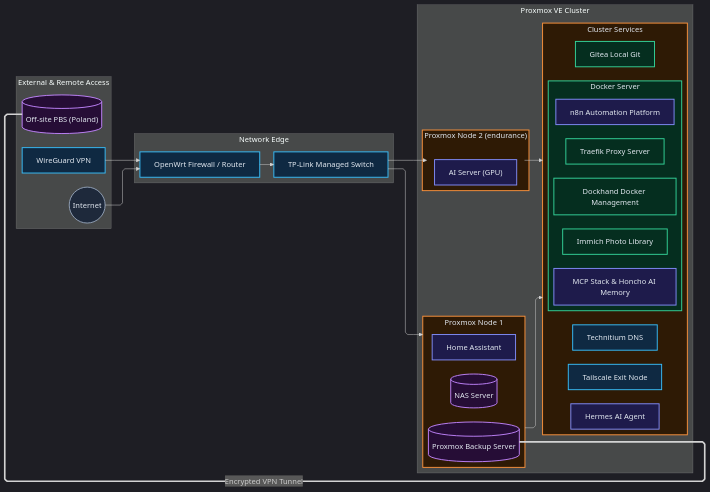
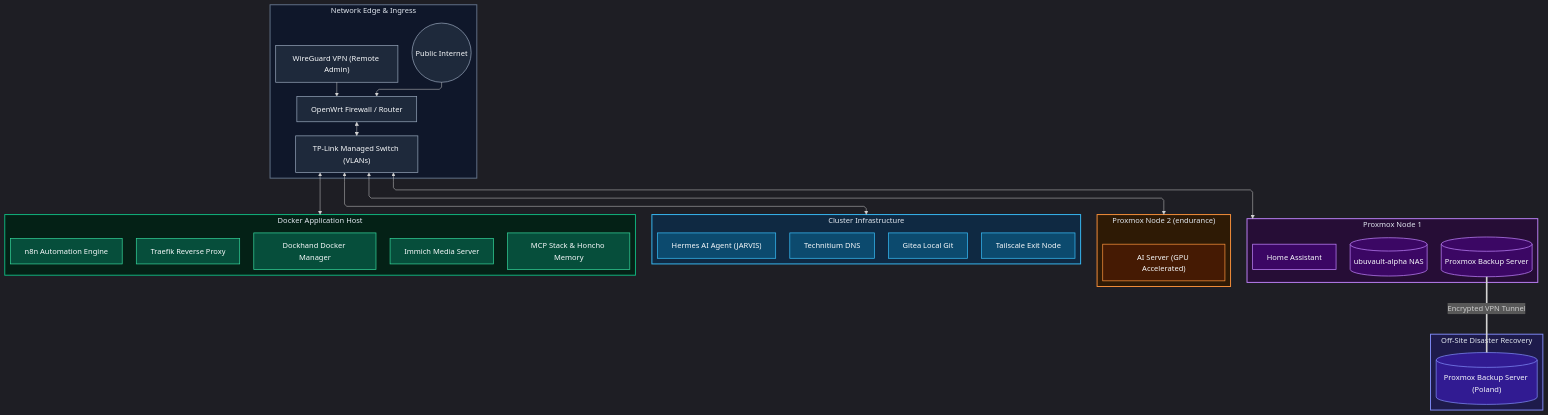
One commit to M0zzi3/homelab changed the first of 6 diagrams in docs/architecture.md. Above: the diagram before and after it, drawn with Mermaid. The commit also changed 1 other file, not shown here.

Commit message:
docs: redesign homelab overview diagram with balanced layout and larger typography

````diff
--- a/docs/architecture.md
+++ b/docs/architecture.md
@@ -37,75 +37,78 @@
   flowchart:
     curve: linear
 ---
-flowchart LR
-    %% Edge & Network
-    subgraph External ["External & Remote Access"]
-        Internet(("Internet"))
-        WireGuard["WireGuard VPN"]
-        PolandPBS[("Off-site PBS (Poland)")]
+flowchart TD
+    %% Top Tier: Network Edge & Gateway
+    subgraph Edge ["Network Edge & Ingress"]
+        Internet(("Public Internet"))
+        WireGuard["WireGuard VPN (Remote Admin)"]
+        OpenWrt["OpenWrt Firewall / Router"]
+        Switch["TP-Link Managed Switch (VLANs)"]
+
+        Internet --> OpenWrt
+        WireGuard --> OpenWrt
+        OpenWrt <--> Switch
     end
 
-    subgraph Network ["Network Edge"]
-        OpenWrt["OpenWrt Firewall / Router"]
-        Switch["TP-Link Managed Switch"]
+    %% Tier 2: 4 Clean Side-by-Side Architectural Columns
+    subgraph Node1 ["Proxmox Node 1"]
+        LocalPBS[("Proxmox Backup Server")]
+        NAS[("ubuvault-alpha NAS")]
+        HomeAssistant["Home Assistant"]
     end
 
-    %% Proxmox Cluster Subgraph
-    subgraph Proxmox ["Proxmox VE Cluster"]
-        subgraph Node1 ["Proxmox Node 1"]
-            LocalPBS[("Proxmox Backup Server")]
-            NAS[("NAS Server")]
-            HomeAssistant["Home Assistant"]
-        end
-
-        subgraph Node2 ["Proxmox Node 2 (endurance)"]
-            AIServer["AI Server (GPU)"]
-        end
-
-        subgraph ClusterServices ["Cluster Services"]
-            Technitium["Technitium DNS"]
-            Gitea["Gitea Local Git"]
-            Tailscale["Tailscale Exit Node"]
-            Hermes["Hermes AI Agent"]
-
-            subgraph DockerHost ["Docker Server"]
-                Traefik["Traefik Proxy Server"]
-                Dockhand["Dockhand Docker Management"]
-                n8n["n8n Automation Platform"]
-                Immich["Immich Photo Library"]
-                MCPHoncho["MCP Stack & Honcho AI Memory"]
-            end
-        end
+    subgraph Node2 ["Proxmox Node 2 (endurance)"]
+        AIServer["AI Server (GPU Accelerated)"]
     end
 
-    %% Ingress & Edge Connections
-    Internet --> OpenWrt
-    WireGuard --> OpenWrt
-    OpenWrt --> Switch
+    subgraph CoreInfra ["Cluster Infrastructure"]
+        Technitium["Technitium DNS"]
+        Gitea["Gitea Local Git"]
+        Hermes["Hermes AI Agent (JARVIS)"]
+        Tailscale["Tailscale Exit Node"]
+    end
 
-    %% Switch feeds compute nodes
-    Switch --> Node1
-    Switch --> Node2
+    subgraph DockerVM ["Docker Application Host"]
+        Traefik["Traefik Reverse Proxy"]
+        Dockhand["Dockhand Docker Manager"]
+        n8n["n8n Automation Engine"]
+        Immich["Immich Media Server"]
+        MCPHoncho["MCP Stack & Honcho Memory"]
+    end
 
-    %% Cluster nodes host shared services
-    Node1 --> ClusterServices
-    Node2 --> ClusterServices
+    %% Disaster Recovery Tier
+    subgraph Offsite ["Off-Site Disaster Recovery"]
+        PolandPBS[("Proxmox Backup Server (Poland)")]
+    end
 
-    %% Disaster Recovery
+    %% Network downlinks from switch
+    Switch <--> Node1
+    Switch <--> Node2
+    Switch <--> CoreInfra
+    Switch <--> DockerVM
+
+    %% Off-site backup link
     LocalPBS ===|"Encrypted VPN Tunnel"| PolandPBS
 
     %% Styling & Color Coding (Dark Theme)
-    classDef net fill:#0f2942,stroke:#38bdf8,stroke-width:2px,color:#e2e8f0;
-    classDef compute fill:#2e1a05,stroke:#fb923c,stroke-width:2px,color:#e2e8f0;
-    classDef storage fill:#260d36,stroke:#c084fc,stroke-width:2px,color:#e2e8f0;
-    classDef docker fill:#052e1f,stroke:#34d399,stroke-width:2px,color:#e2e8f0;
-    classDef ai fill:#1e1b4b,stroke:#818cf8,stroke-width:2px,color:#e2e8f0;
-    classDef ext fill:#1e293b,stroke:#94a3b8,stroke-width:2px,color:#e2e8f0;
+    style Edge fill:#0f172a,stroke:#64748b,stroke-width:2px,color:#e2e8f0;
+    style Node1 fill:#260d36,stroke:#c084fc,stroke-width:2px,color:#e2e8f0;
+    style Node2 fill:#2e1a05,stroke:#fb923c,stroke-width:2px,color:#e2e8f0;
+    style CoreInfra fill:#0f2942,stroke:#38bdf8,stroke-width:2px,color:#e2e8f0;
+    style DockerVM fill:#042116,stroke:#10b981,stroke-width:2px,color:#e2e8f0;
+    style Offsite fill:#1e1b4b,stroke:#818cf8,stroke-width:2px,color:#e2e8f0;
 
-    class Internet ext;
-    class OpenWrt,Switch,WireGuard,Technitium,Tailscale net;
-    class Node1,Node2,ClusterServices compute;
-    class LocalPBS,NAS,PolandPBS storage;
-    class DockerHost,Traefik,Dockhand,Immich,Gitea docker;
-    class AIServer,Hermes,HomeAssistant,n8n,MCPHoncho ai;
+    classDef edgeNode fill:#1e293b,stroke:#94a3b8,stroke-width:1.5px,color:#f8fafc;
+    classDef storageNode fill:#3b0764,stroke:#c084fc,stroke-width:1.5px,color:#f8fafc;
+    classDef computeNode fill:#451a03,stroke:#fb923c,stroke-width:1.5px,color:#f8fafc;
+    classDef netNode fill:#0c4a6e,stroke:#38bdf8,stroke-width:1.5px,color:#f8fafc;
+    classDef dockerNode fill:#064e3b,stroke:#34d399,stroke-width:1.5px,color:#f8fafc;
+    classDef offsiteNode fill:#311b92,stroke:#818cf8,stroke-width:1.5px,color:#f8fafc;
+
+    class Internet,WireGuard,OpenWrt,Switch edgeNode;
+    class LocalPBS,NAS,HomeAssistant storageNode;
+    class AIServer computeNode;
+    class Technitium,Gitea,Hermes,Tailscale netNode;
+    class Traefik,Dockhand,n8n,Immich,MCPHoncho dockerNode;
+    class PolandPBS offsiteNode;
 ```
````
